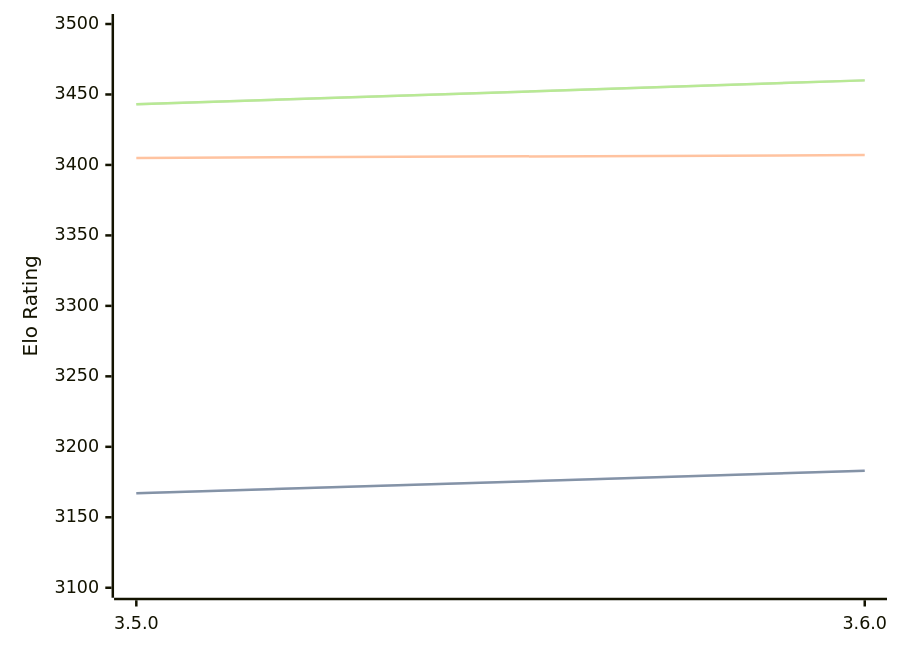
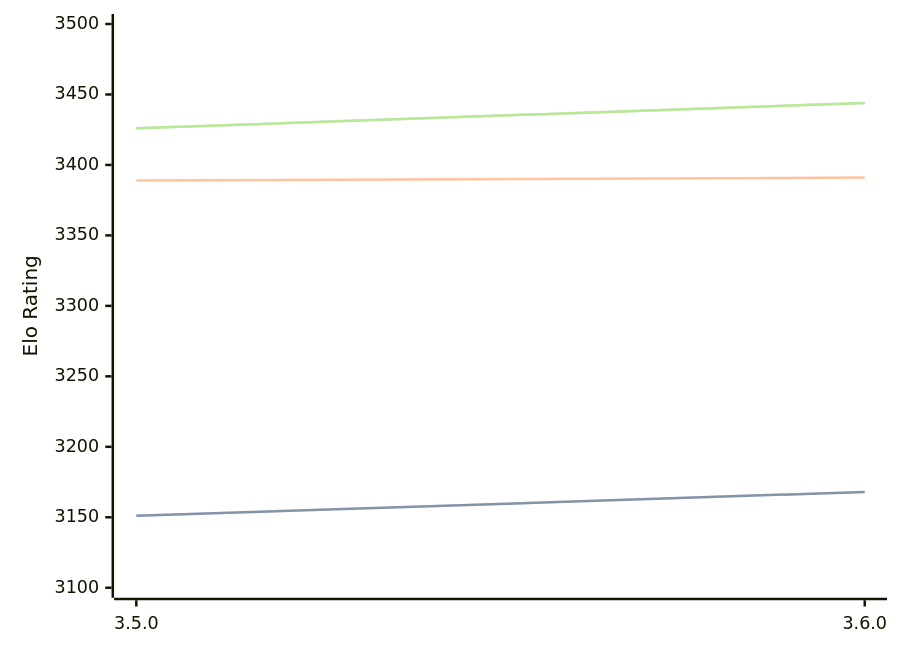
One commit to computer-chess-index/cci changed the diagram in engines/Igel.md. Above: the diagram before and after it, drawn with Mermaid. The commit also changed other lines of this file, not shown here.

Commit message:
Update CCI Ratings (ELO VLTC) - 2026-05-20

````diff
--- a/engines/Igel.md
+++ b/engines/Igel.md
@@ -68,11 +68,11 @@
 ```mermaid
 %%{init: {"theme":"base","themeVariables":{"seriesColors:['#a3a3a3','#222221','#faa371']}}}%%
 xychart-beta
   x-axis ["3.5.0", "3.6.0"]
   y-axis "Elo Rating" 3100 --> 3500
-  line "STC (8.0+0.08s)" [3167, 3183]
-  line "STC (8.0+0.08s)" [3167, 3183]
-  line "LTC (60.0+0.60s)" [3405, 3407]
-  line "VLTC (2m24s+1.12s)" [3443, 3460]
-  line "VLTC (2m24s+1.12s)" [3443, 3460]
+  line "STC (8.0+0.08s)" [3151, 3168]
+  line "STC (8.0+0.08s)" [3151, 3168]
+  line "LTC (60.0+0.60s)" [3389, 3391]
+  line "VLTC (2m24s+1.12s)" [3426, 3444]
+  line "VLTC (2m24s+1.12s)" [3426, 3444]
 ```
````
